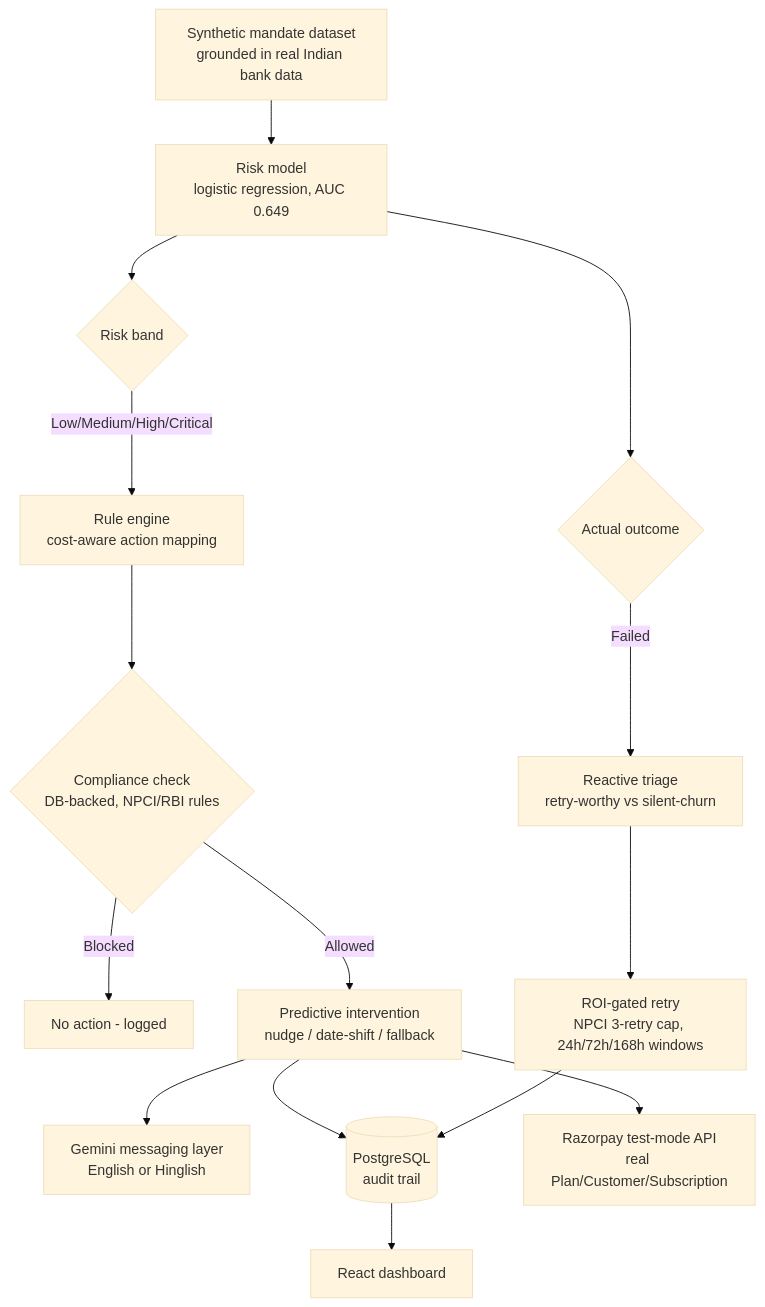
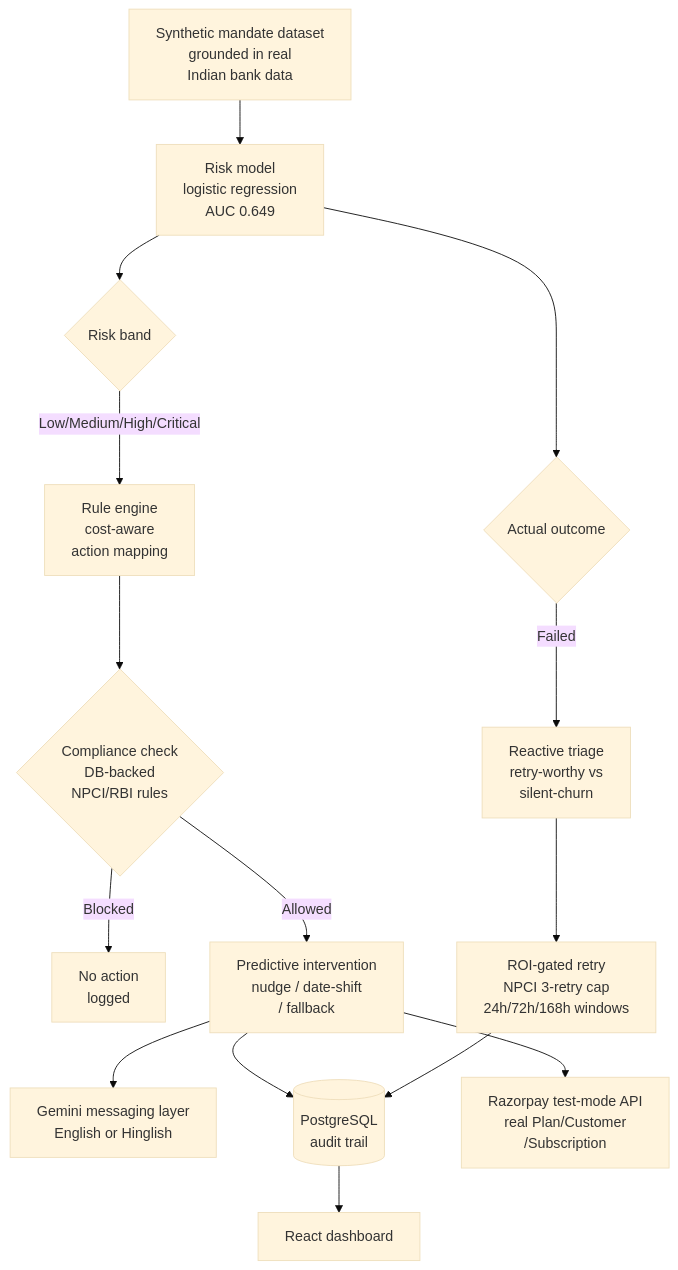
Before and after one commit to thunderbolt3-14/fundguard: the diagram in README.md, drawn with Mermaid (base theme).

Commit message:
changes to README.md

````diff
--- a/README.md
+++ b/README.md
@@ -15,17 +15,17 @@
 ```mermaid
 flowchart TD
-     A["`Synthetic mandate dataset<br/>grounded in real Indian bank data`"] --> B["`Risk model<br/>logistic regression, AUC 0.649`"]
-    B --> C{Risk band}
-    C -->|Low/Medium/High/Critical| D[Rule engine<br/>cost-aware action mapping]
-    D --> E{Compliance check<br/>DB-backed, NPCI/RBI rules}
-    E -->|Blocked| F[No action - logged]
-    E -->|Allowed| G["`Predictive intervention<br/>nudge / date-shift / fallback`"]
-    G --> H[Gemini messaging layer<br/>English or Hinglish]
-    B --> I{Actual outcome}
-    I -->|Failed| J[Reactive triage<br/>retry-worthy vs silent-churn]
-    J --> K["`ROI-gated retry<br/>NPCI 3-retry cap, 24h/72h/168h windows`"]
-    G --> L[(PostgreSQL<br/>audit trail)]
+    A["`Synthetic mandate dataset<br/>grounded in real<br/>Indian bank data`"] --> B["`Risk model<br/>logistic regression<br/>AUC 0.649`"]
+    B --> C{"`Risk band`"}
+    C -->|Low/Medium/High/Critical| D["`Rule engine<br/>cost-aware<br/>action mapping`"]
+    D --> E{"`Compliance check<br/>DB-backed<br/>NPCI/RBI rules`"}
+    E -->|Blocked| F["`No action<br/>logged`"]
+    E -->|Allowed| G["`Predictive intervention<br/>nudge / date-shift<br/>/ fallback`"]
+    G --> H["`Gemini messaging layer<br/>English or Hinglish`"]
+    B --> I{"`Actual outcome`"}
+    I -->|Failed| J["`Reactive triage<br/>retry-worthy vs<br/>silent-churn`"]
+    J --> K["`ROI-gated retry<br/>NPCI 3-retry cap<br/>24h/72h/168h windows`"]
+    G --> L[("`PostgreSQL<br/>audit trail`")]
     K --> L
-    G --> M["`Razorpay test-mode API<br/>real Plan/Customer/Subscription`"]
-    L --> N[React dashboard]
+    G --> M["`Razorpay test-mode API<br/>real Plan/Customer<br/>/Subscription`"]
+    L --> N["`React dashboard`"]
 ```
````
